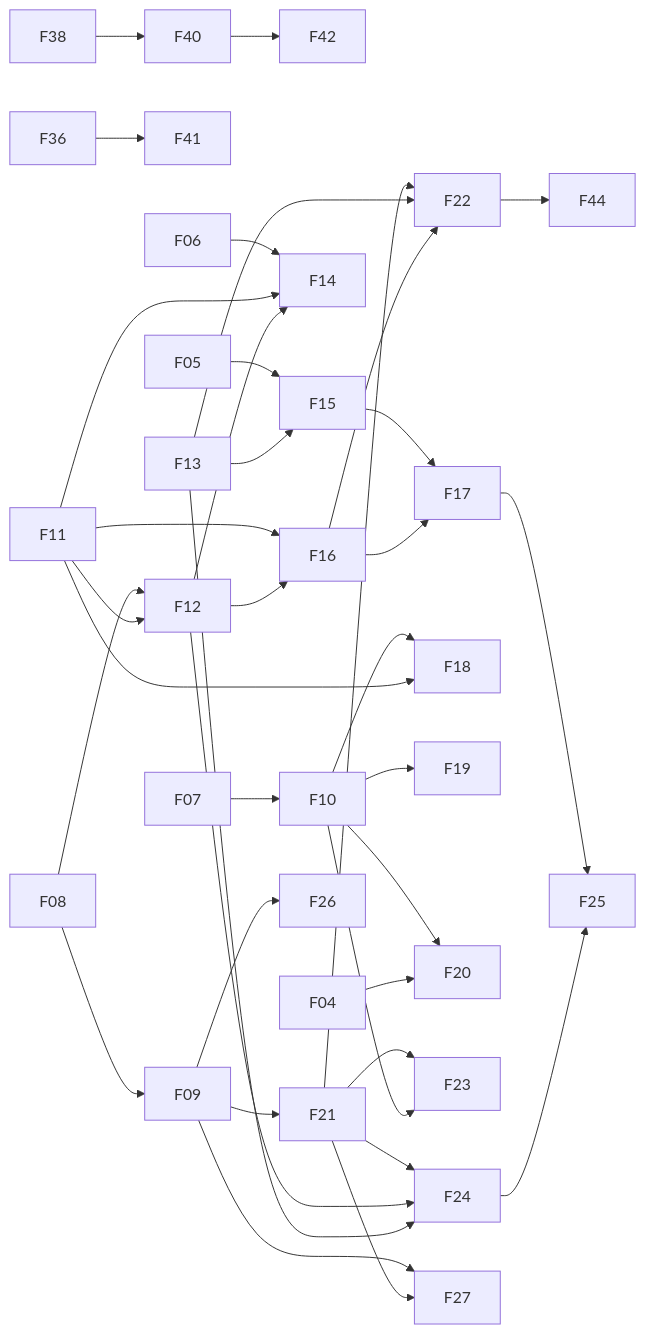
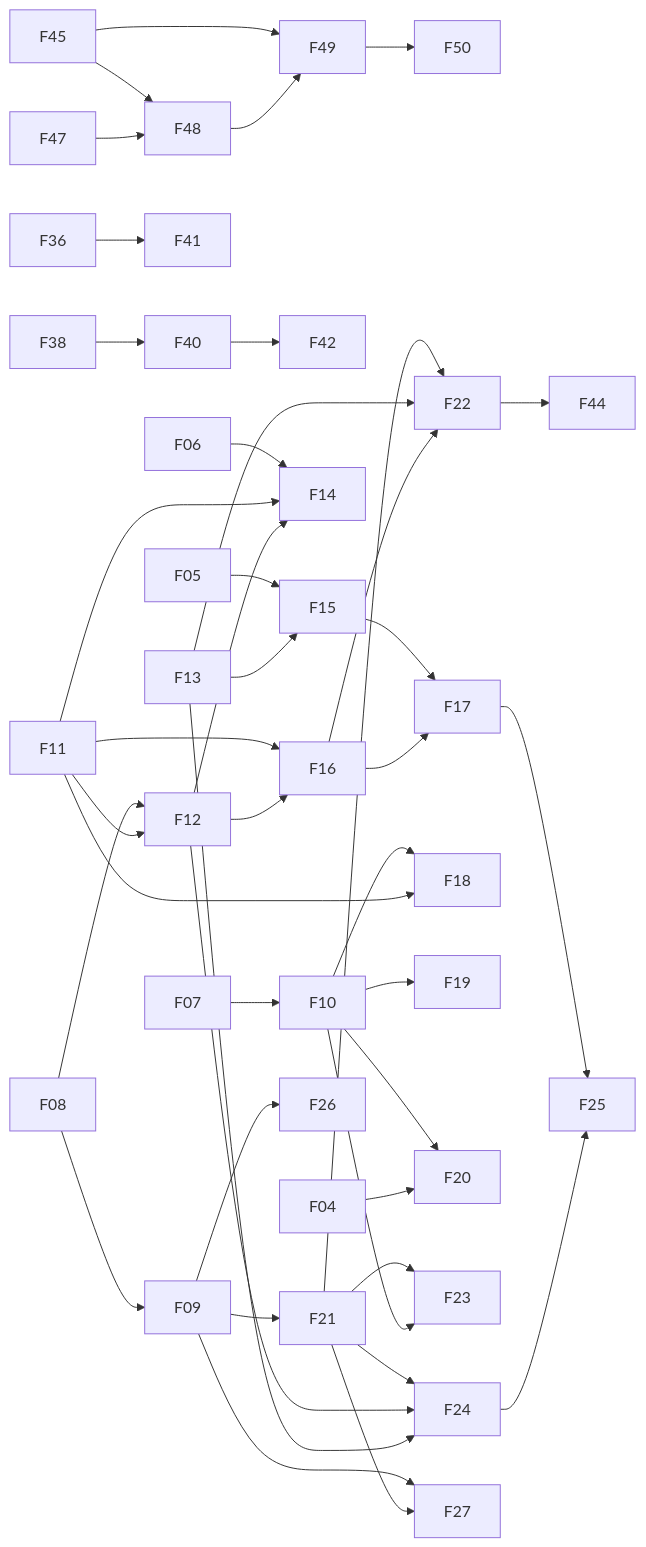
The diagram in Lanyard-Vault/07 Roadmap/00 Master To-Do.md (yinjunshao/lanyard), drawn with Mermaid before and after one commit. The commit also changed other lines of this file and 6 other files, not shown here.

````diff
--- a/Lanyard-Vault/07 Roadmap/00 Master To-Do.md
+++ b/Lanyard-Vault/07 Roadmap/00 Master To-Do.md
@@ -119,39 +130,44 @@
 ```mermaid
 graph LR
+  F45 --> F48
+  F47 --> F48
+  F45 --> F49
+  F48 --> F49
+  F49 --> F50
   F40 --> F42
   F22 --> F44
   F38 --> F40
   F36 --> F41
   F07 --> F10
   F08 --> F09
   F08 --> F12
   F11 --> F12
   F06 --> F14
   F11 --> F14
   F12 --> F14
   F05 --> F15
   F13 --> F15
   F11 --> F16
   F12 --> F16
   F15 --> F17
   F16 --> F17
   F10 --> F18
   F11 --> F18
   F10 --> F19
   F10 --> F20
   F04 --> F20
   F09 --> F21
   F21 --> F22
   F13 --> F22
   F16 --> F22
   F21 --> F23
   F10 --> F23
   F21 --> F24
   F12 --> F24
   F13 --> F24
   F17 --> F25
   F24 --> F25
   F09 --> F26
   F09 --> F27
   F21 --> F27
 ```
````
